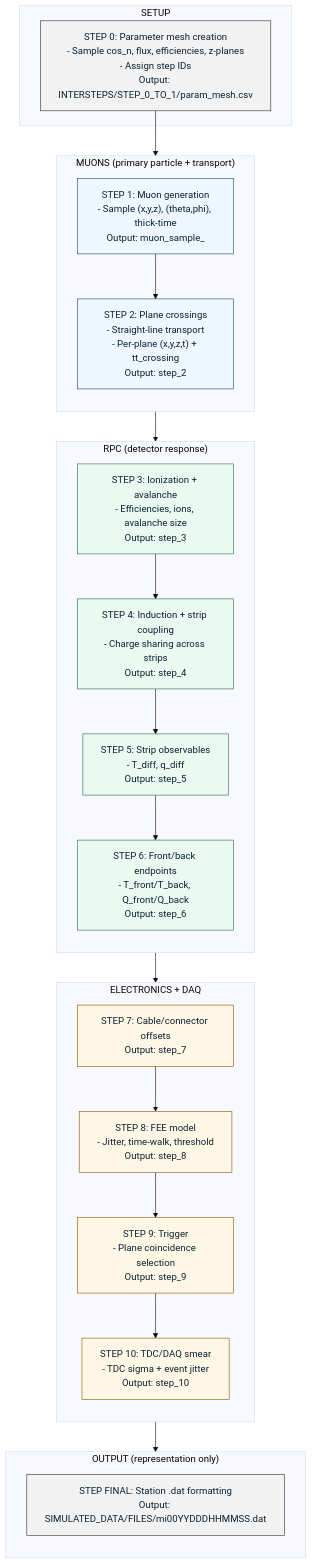
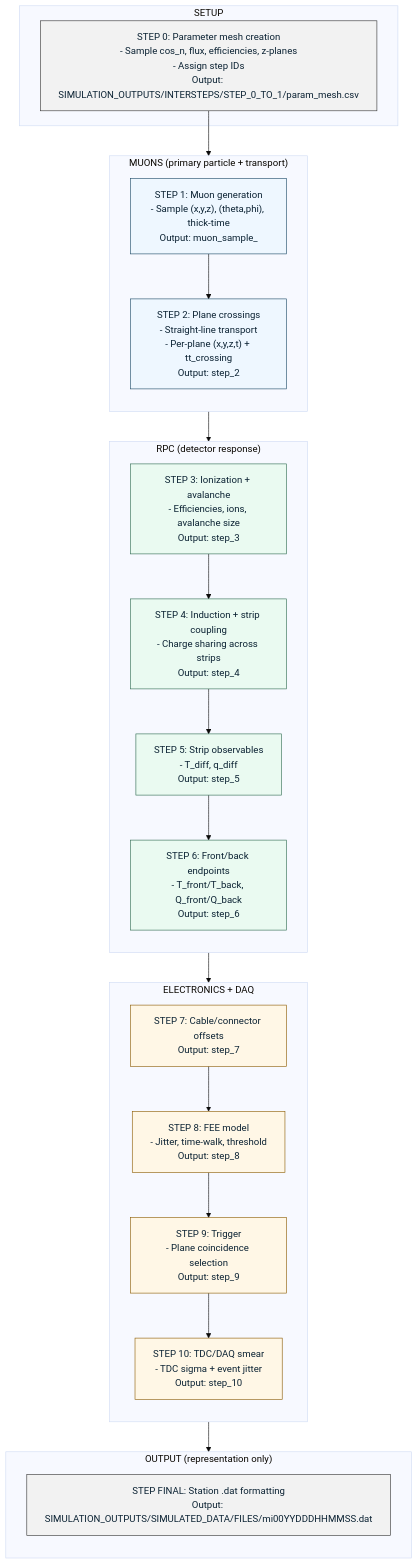
The diagram in MINGO_DIGITAL_TWIN/README.md (csoneira/DATAFLOW_v3), drawn with Mermaid (base theme) before and after one commit. The commit also changed other lines of this file and 113 other files, not shown here.

````diff
--- a/MINGO_DIGITAL_TWIN/README.md
+++ b/MINGO_DIGITAL_TWIN/README.md
@@ -32,42 +32,42 @@
 ```mermaid
 flowchart TB
 
 subgraph SETUP["SETUP"]
-  S0["STEP 0: Parameter mesh creation\n- Sample cos_n, flux, efficiencies, z-planes\n- Assign step IDs\nOutput: INTERSTEPS/STEP_0_TO_1/param_mesh.csv"]:::setup
+  S0["STEP 0: Parameter mesh creation\n- Sample cos_n, flux, efficiencies, z-planes\n- Assign step IDs\nOutput: SIMULATION_OUTPUTS/INTERSTEPS/STEP_0_TO_1/param_mesh.csv"]:::setup
 end
 
 subgraph MU["MUONS (primary particle + transport)"]
   direction TB
   S1["STEP 1: Muon generation\n- Sample (x,y,z), (theta,phi), thick-time\nOutput: muon_sample_<N>"]:::mu
   S2["STEP 2: Plane crossings\n- Straight-line transport\n- Per-plane (x,y,z,t) + tt_crossing\nOutput: step_2"]:::mu
 end
 
 subgraph RPC["RPC (detector response)"]
   direction TB
   S3["STEP 3: Ionization + avalanche\n- Efficiencies, ions, avalanche size\nOutput: step_3"]:::rpc
   S4["STEP 4: Induction + strip coupling\n- Charge sharing across strips\nOutput: step_4"]:::rpc
   S5["STEP 5: Strip observables\n- T_diff, q_diff\nOutput: step_5"]:::rpc
   S6["STEP 6: Front/back endpoints\n- T_front/T_back, Q_front/Q_back\nOutput: step_6"]:::rpc
 end
 
 subgraph ELEC["ELECTRONICS + DAQ"]
   direction TB
   S7["STEP 7: Cable/connector offsets\nOutput: step_7"]:::elec
   S8["STEP 8: FEE model\n- Jitter, time-walk, threshold\nOutput: step_8"]:::elec
   S9["STEP 9: Trigger\n- Plane coincidence selection\nOutput: step_9"]:::elec
   S10["STEP 10: TDC/DAQ smear\n- TDC sigma + event jitter\nOutput: step_10"]:::elec
 end
 
 subgraph OUT["OUTPUT (representation only)"]
   direction TB
-  SF["STEP FINAL: Station .dat formatting\nOutput: SIMULATED_DATA/FILES/mi00YYDDDHHMMSS.dat"]:::fmt
+  SF["STEP FINAL: Station .dat formatting\nOutput: SIMULATION_OUTPUTS/SIMULATED_DATA/FILES/mi00YYDDDHHMMSS.dat"]:::fmt
 end
 
 S0 --> S1 --> S2 --> S3 --> S4 --> S5 --> S6 --> S7 --> S8 --> S9 --> S10 --> SF
 
 classDef setup fill:#f2f2f2,stroke:#333333,stroke-width:1px,color:#0b2233;
 classDef mu fill:#eef7ff,stroke:#1b4965,stroke-width:1px,color:#0b2233;
 classDef rpc fill:#eafaf1,stroke:#2d6a4f,stroke-width:1px,color:#0b2233;
 classDef elec fill:#fff7e6,stroke:#8a5a00,stroke-width:1px,color:#0b2233;
 classDef fmt fill:#f2f2f2,stroke:#333333,stroke-width:1px,color:#0b2233;
 ```
````
